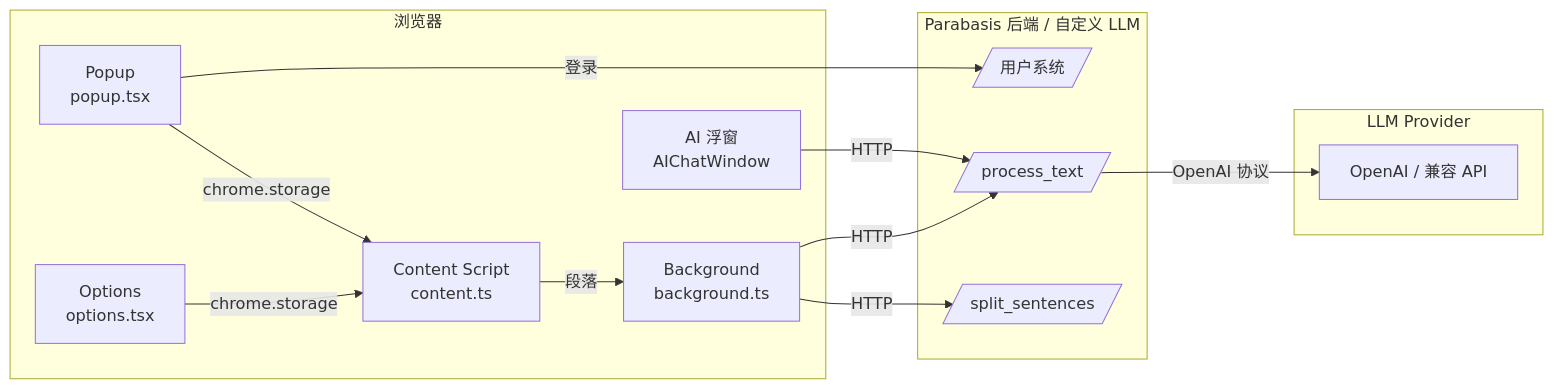
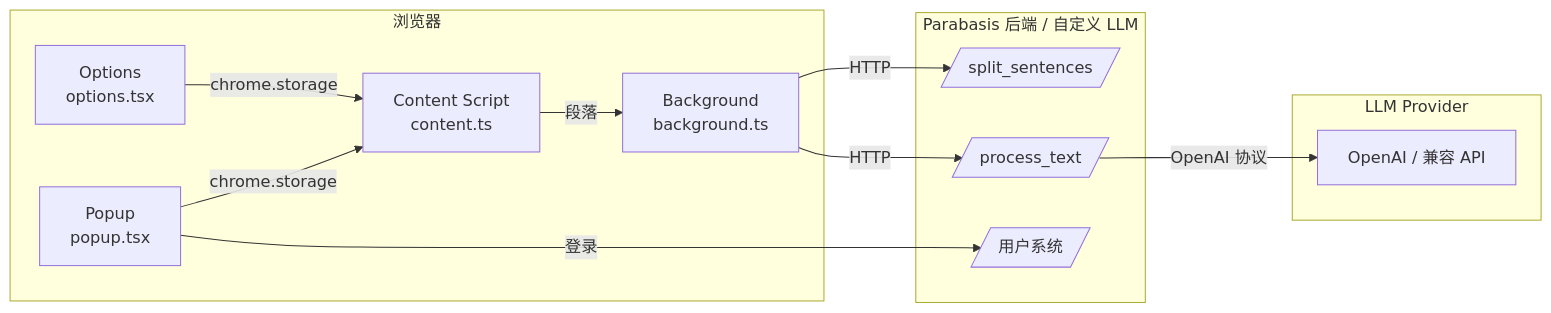
The first of 2 diagrams in README.md (tonyWu0322/Genshred), drawn with Mermaid before and after one commit. The commit also changed other lines of this file and 14 other files, not shown here.

````diff
--- a/README.md
+++ b/README.md
@@ -89,29 +90,27 @@
 ```mermaid
 flowchart LR
     subgraph Browser[浏览器]
         Popup[Popup<br/>popup.tsx]
         Options[Options<br/>options.tsx]
         Content[Content Script<br/>content.ts]
         BG[Background<br/>background.ts]
-        Chat[AI 浮窗<br/>AIChatWindow]
     end
 
     subgraph Backend[Parabasis 后端 / 自定义 LLM]
         Split[/split_sentences/]
         Process[/process_text/]
         Auth[/用户系统/]
     end
 
     subgraph LLM[LLM Provider]
         OpenAI[OpenAI / 兼容 API]
     end
 
     Popup -- chrome.storage --> Content
     Options -- chrome.storage --> Content
     Content -- 段落 --> BG
     BG -- HTTP --> Split
     BG -- HTTP --> Process
     Process -- OpenAI 协议 --> OpenAI
-    Chat -- HTTP --> Process
     Popup -- 登录 --> Auth
 ```
````
